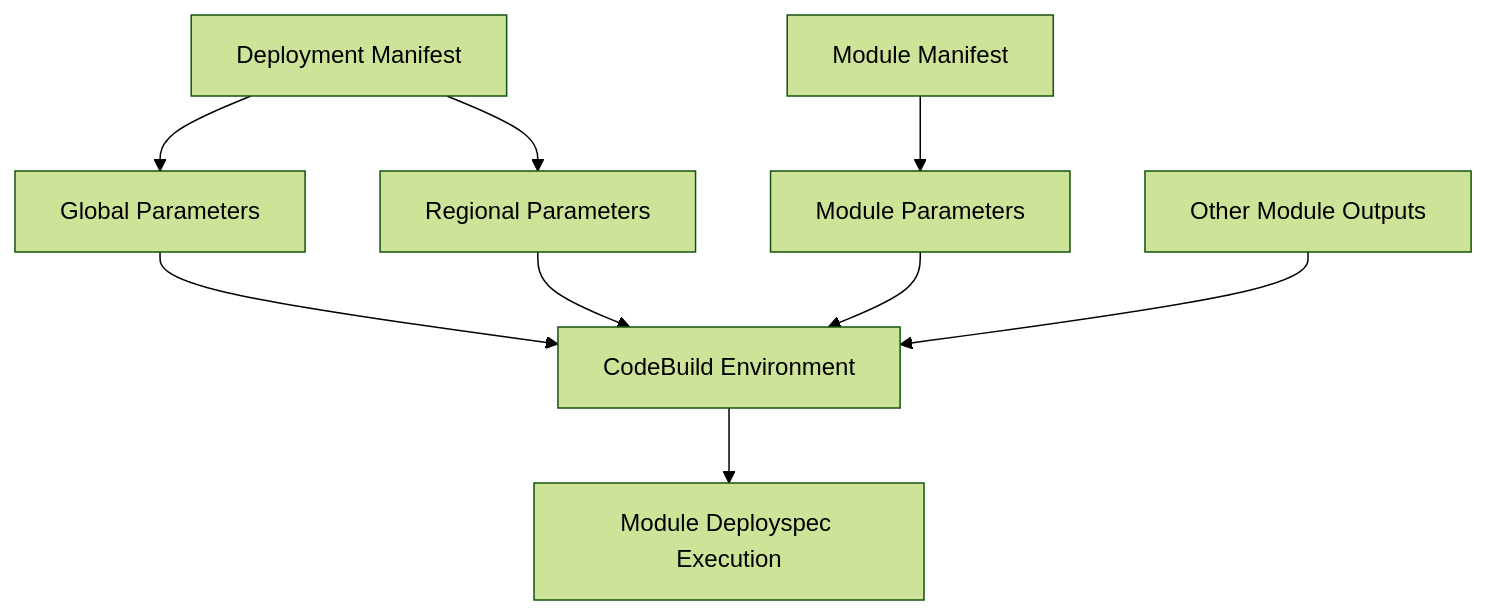
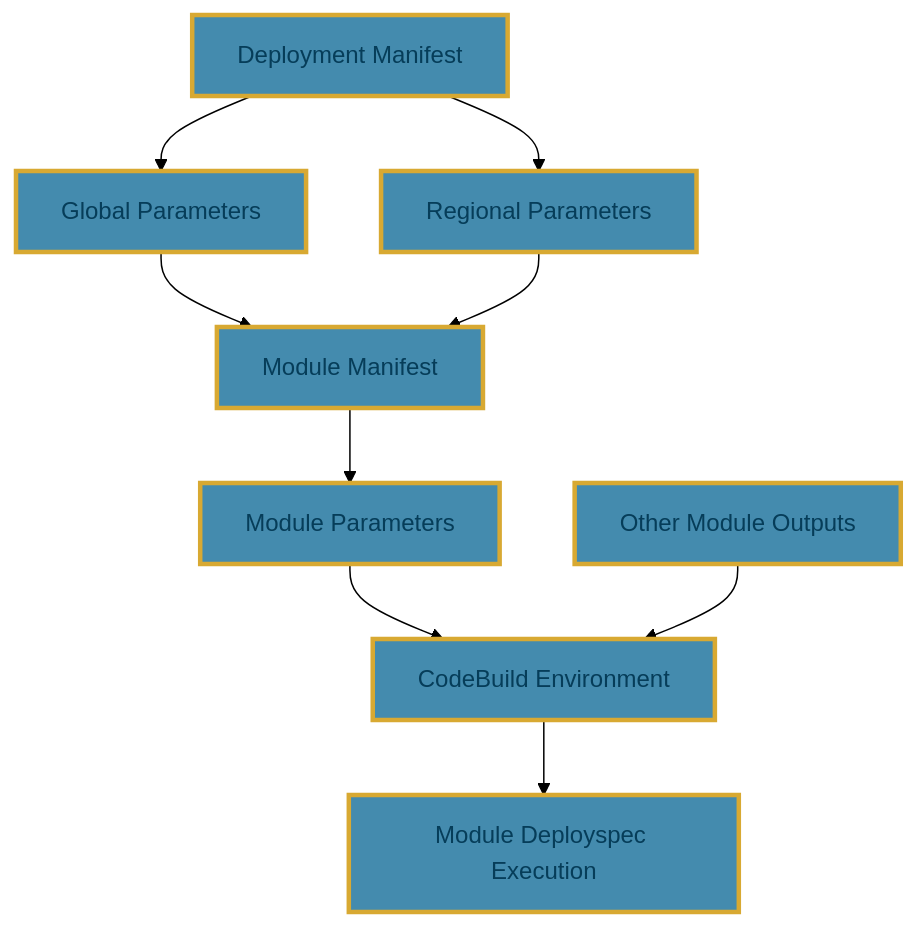
The diagram in docs_v2/docs/reference/manifests.md (dgraeber/seed-farmer), drawn with Mermaid (forest theme) before and after one commit.

Commit message:
chore: updating diagrams

````diff
--- a/docs_v2/docs/reference/manifests.md
+++ b/docs_v2/docs/reference/manifests.md
@@ -201,11 +201,17 @@
 ```mermaid
 graph TD
     A[Deployment Manifest] --> B[Global Parameters]
     A --> C[Regional Parameters]
     D[Module Manifest] --> E[Module Parameters]
-    B --> F[CodeBuild Environment]
-    C --> F
-    E --> F
+    B --> D
+    C --> D
+    E --> F[CodeBuild Environment]
     G[Other Module Outputs] --> F
     F --> H[Module Deployspec Execution]
+
+    %% Global style: Same fill, stroke, text color
+    classDef uniform fill:#448bae,stroke:#d8a932,stroke-width:3px,color:#063d59;
+
+    %% Apply the style to all nodes
+    class A,B,C,D,E,F,G,H uniform;
 ```
````
